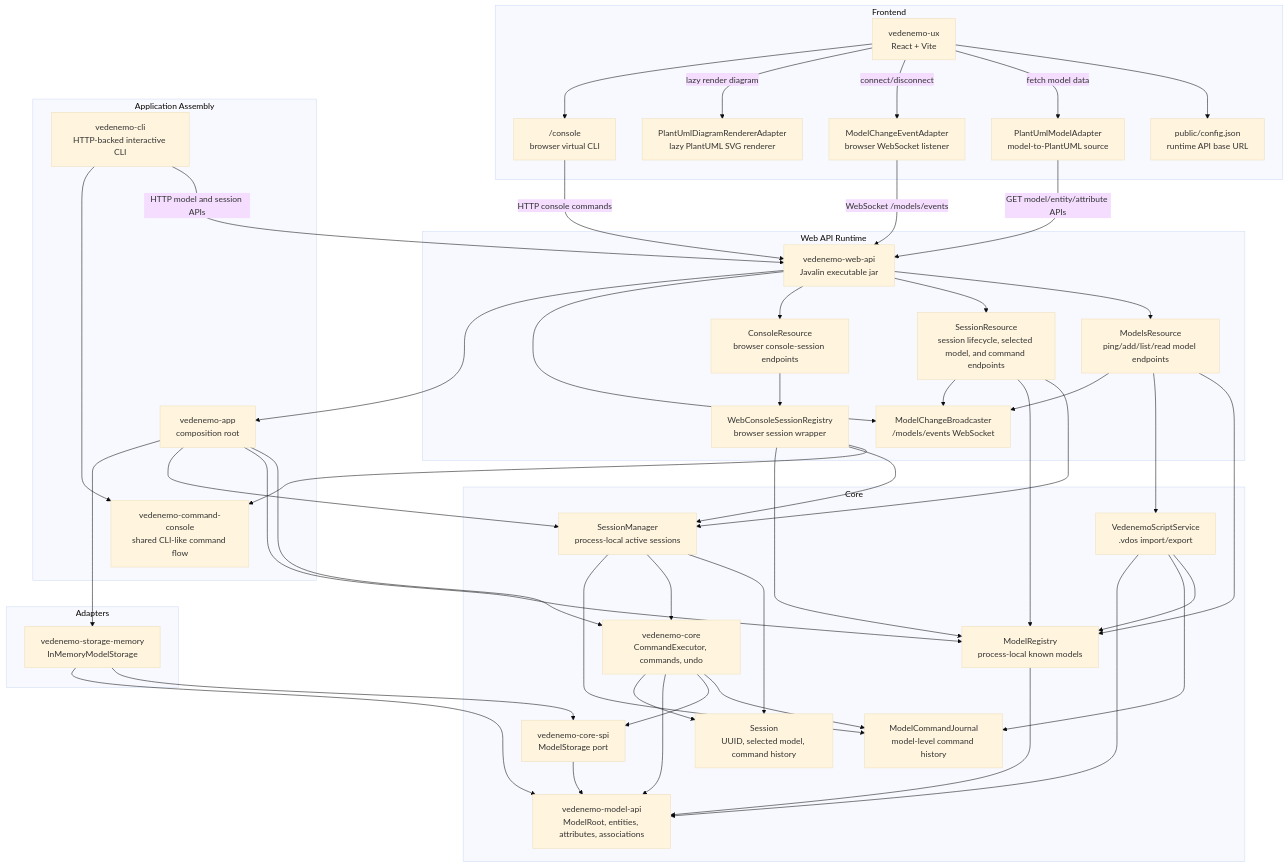
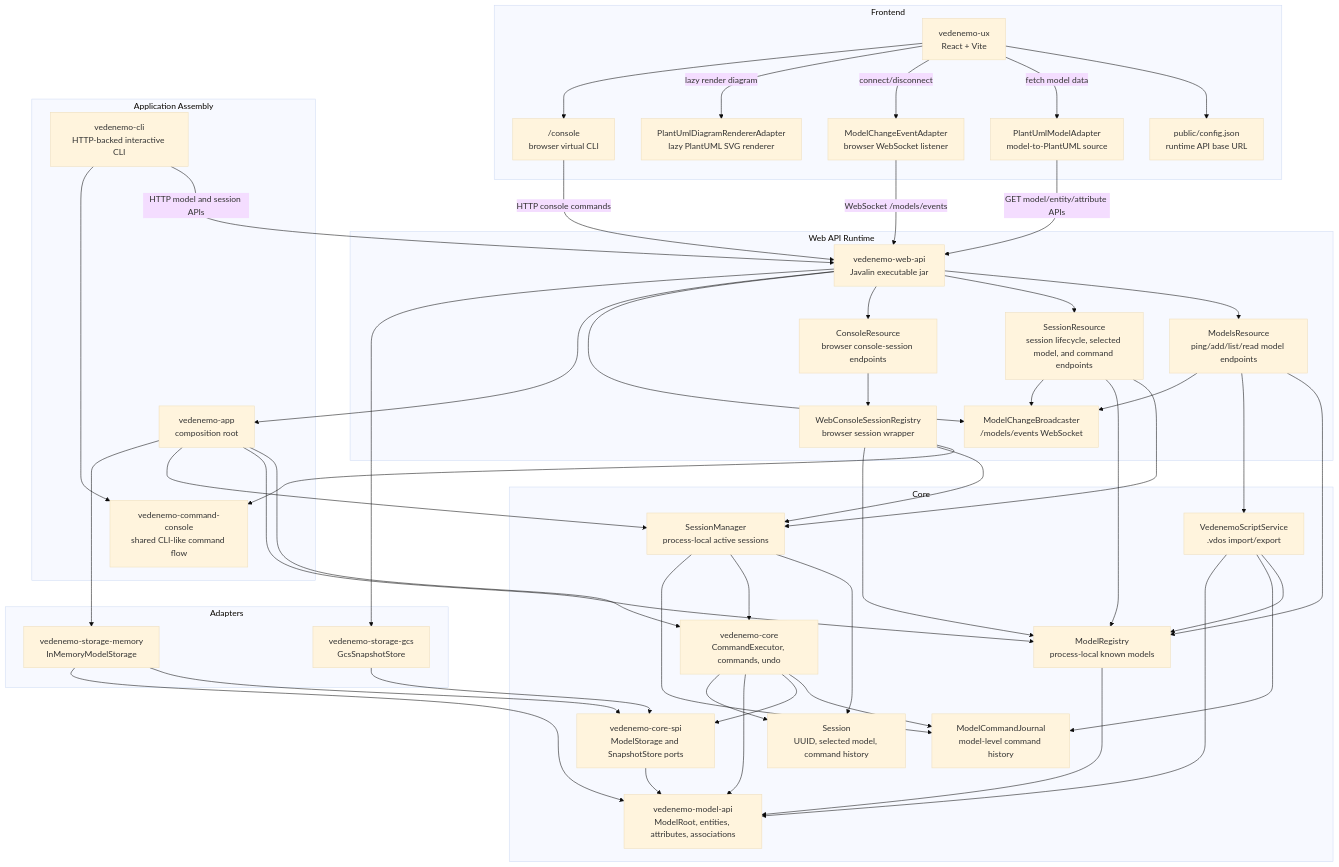
One commit to VedenemoDev/VedenemoMonorepo changed the first of 8 diagrams in docs/architecture_doc.md. Above: the diagram before and after it, drawn with Mermaid (base theme). The commit also changed other lines of this file and 25 other files, not shown here.

````diff
--- a/docs/architecture_doc.md
+++ b/docs/architecture_doc.md
@@ -45,12 +45,13 @@
     SessionManager["SessionManager<br/>process-local active sessions"]
     Session["Session<br/>UUID, selected model, command history"]
     ModelRegistry["ModelRegistry<br/>process-local known models"]
-    Spi["vedenemo-core-spi<br/>ModelStorage port"]
+    Spi["vedenemo-core-spi<br/>ModelStorage and SnapshotStore ports"]
     ModelApi["vedenemo-model-api<br/>ModelRoot, entities, attributes, associations"]
 end
 
 subgraph Adapters["Adapters"]
     MemoryStorage["vedenemo-storage-memory<br/>InMemoryModelStorage"]
+    GcsStorage["vedenemo-storage-gcs<br/>GcsSnapshotStore"]
 end
 
 ViteUX --> RuntimeConfig
@@ -68,6 +69,7 @@
 WebApi --> ConsoleResource
 WebApi --> ModelEvents
 WebApi --> AppRoot
+WebApi --> GcsStorage
 ConsoleResource --> ConsoleRegistry
 ConsoleRegistry --> CommandConsole
 ConsoleRegistry --> SessionManager
@@ -96,4 +98,5 @@
 Spi --> ModelApi
 MemoryStorage --> Spi
 MemoryStorage --> ModelApi
+GcsStorage --> Spi
 ```
````
